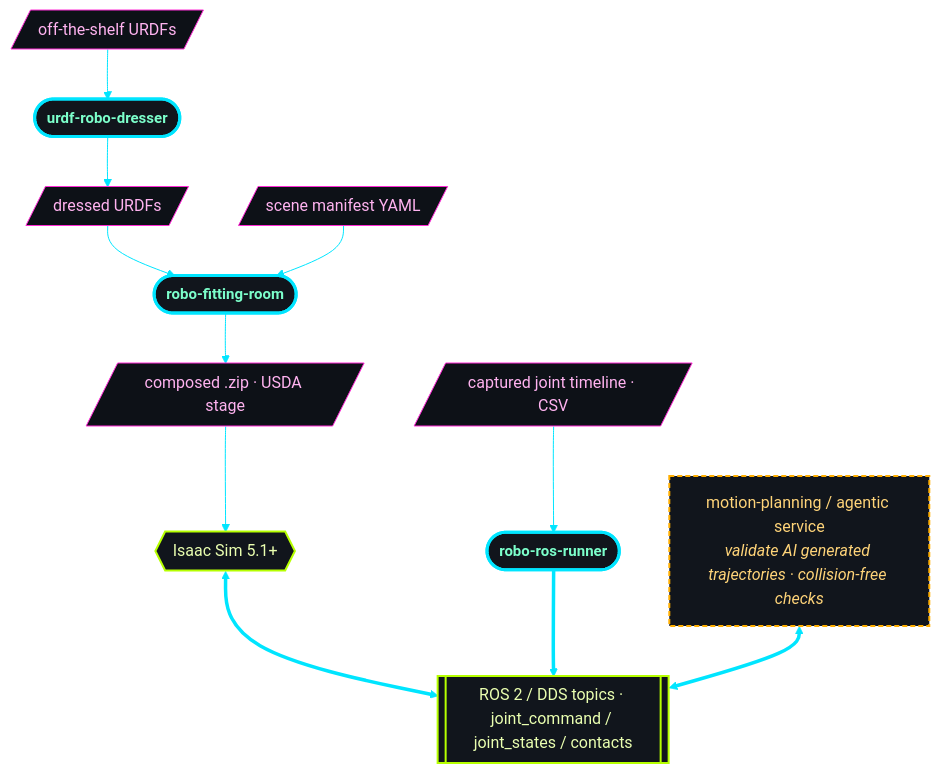
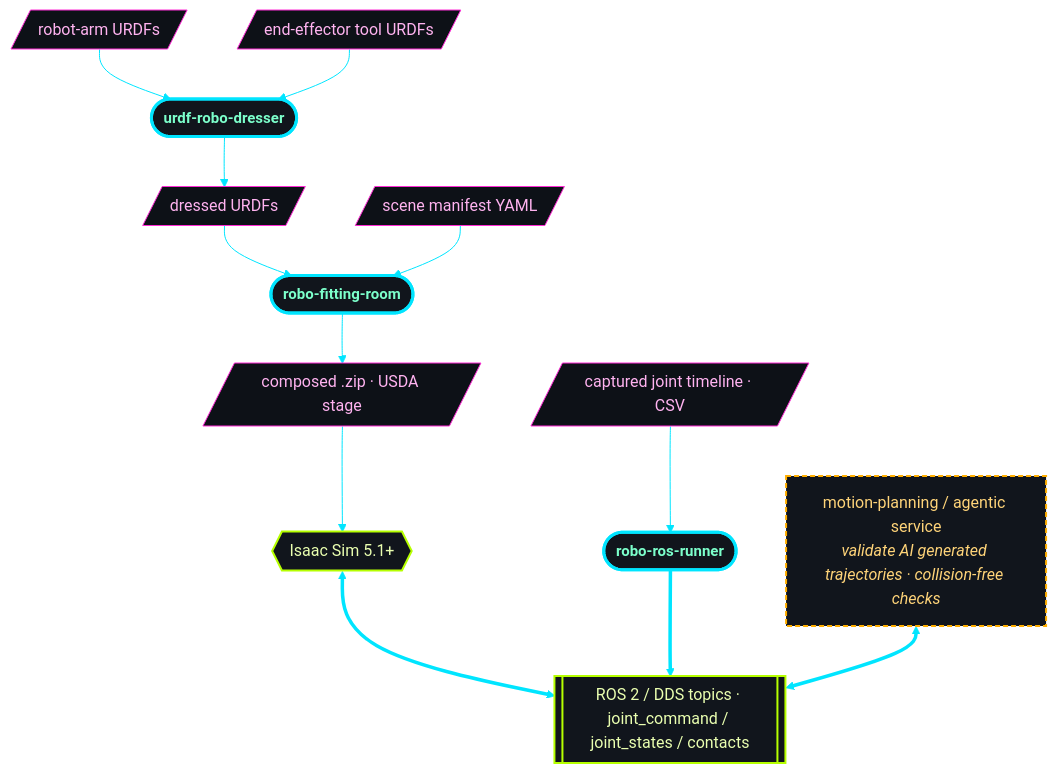
Before and after one commit to aws-samples/sample-robotic-cellsim-tools: the diagram in README.md, drawn with Mermaid.

````diff
--- a/README.md
+++ b/README.md
@@ -22,29 +22,32 @@
 ```mermaid
 %%{init: {'theme':'base','themeVariables':{
   'background':'#0a0e14','primaryColor':'#11151c','primaryTextColor':'#e6faff',
   'primaryBorderColor':'#00e5ff','lineColor':'#00e5ff','fontFamily':'monospace',
   'clusterBkg':'#0a0e14','clusterBorder':'#1f6feb'}}}%%
 flowchart TD
-    URDF[/"off-the-shelf URDFs"/]:::data
+    ROBOT[/"robot-arm URDFs"/]:::data
+    TOOL[/"end-effector tool URDFs"/]:::data
     DRESS(["<b>urdf-robo-dresser</b>"]):::tool
     DRESSED[/"dressed URDFs"/]:::data
     MAN[/"scene manifest YAML"/]:::data
     FIT(["<b>robo-fitting-room</b>"]):::tool
     ZIP[/"composed .zip · USDA stage"/]:::data
     ISAAC{{"Isaac Sim 5.1+"}}:::sim
     ROS[["ROS 2 / DDS topics · joint_command / joint_states / contacts"]]:::sim
     CSV[/"captured joint timeline · CSV"/]:::data
     R3(["<b>robo-ros-runner</b>"]):::tool
     PLAN["motion-planning / agentic service<br/><i>validate AI generated trajectories · collision-free checks</i>"]:::ext
 
-    URDF --> DRESS --> DRESSED --> FIT
+    ROBOT --> DRESS
+    TOOL --> DRESS
+    DRESS --> DRESSED --> FIT
     MAN --> FIT --> ZIP --> ISAAC
     ISAAC <==> ROS
     CSV --> R3 ==> ROS
     PLAN <==> ROS
 
     classDef tool fill:#11151c,stroke:#00e5ff,stroke-width:3px,color:#7CFFCB,font-weight:bold,font-size:15px;
     classDef data fill:#0d1117,stroke:#ff2bd6,stroke-width:1px,color:#ffb3f0;
     classDef sim  fill:#11151c,stroke:#b6ff00,stroke-width:2px,color:#eaffb0;
     classDef ext  fill:#11151c,stroke:#ffae00,stroke-width:2px,color:#ffd479,stroke-dasharray:5 3;
 ```
````
